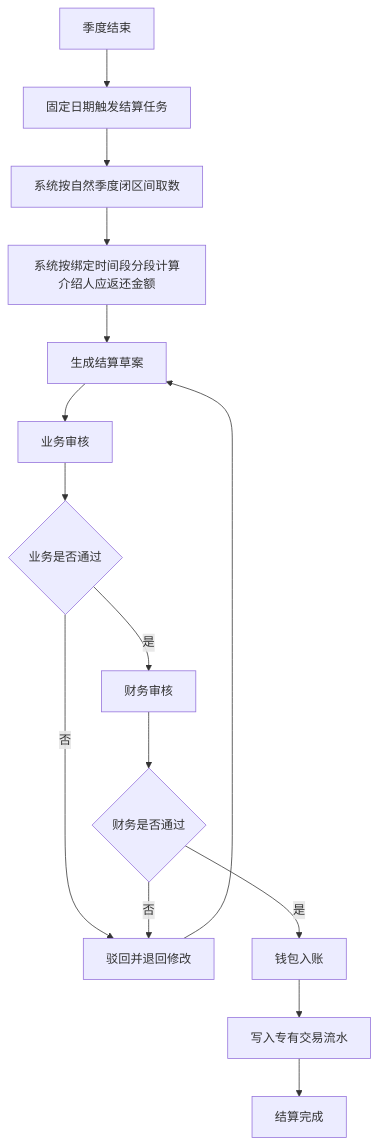
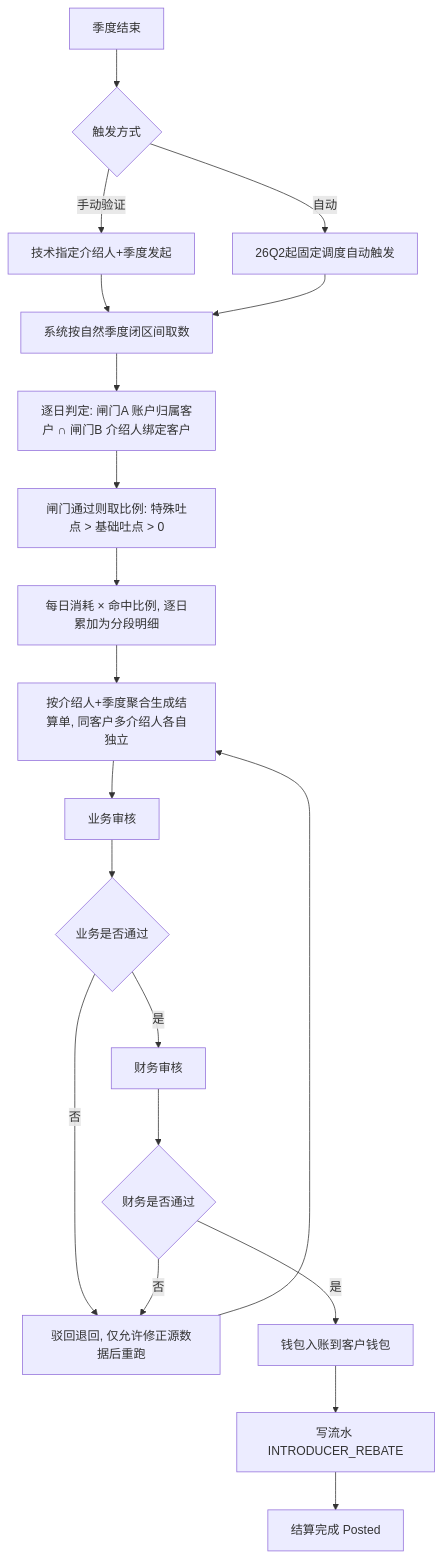
One commit to TK0918/BestAds changed the second of 15 diagrams in PRD/introducer-spitpoint-prd.md. Above: the diagram before and after it, drawn with Mermaid. The commit also changed other lines of this file and 64 other files, not shown here.

````diff
--- a/PRD/introducer-spitpoint-prd.md
+++ b/PRD/introducer-spitpoint-prd.md
@@ -69,17 +79,22 @@
 ```mermaid
 flowchart TD
-  S[季度结束] --> T[固定日期触发结算任务]
-  T --> U[系统按自然季度闭区间取数]
-  U --> V[系统按绑定时间段分段计算介绍人应返还金额]
-  V --> W[生成结算草案]
+  S[季度结束] --> T1{触发方式}
+  T1 -- 手动验证 --> T2[技术指定介绍人+季度发起]
+  T1 -- 自动 --> T3[26Q2起固定调度自动触发]
+  T2 --> U[系统按自然季度闭区间取数]
+  T3 --> U
+  U --> U1[逐日判定: 闸门A 账户归属客户 ∩ 闸门B 介绍人绑定客户]
+  U1 --> U2[闸门通过则取比例: 特殊吐点 > 基础吐点 > 0]
+  U2 --> V[每日消耗 × 命中比例, 逐日累加为分段明细]
+  V --> W[按介绍人+季度聚合生成结算单, 同客户多介绍人各自独立]
   W --> X[业务审核]
   X --> Y{业务是否通过}
-  Y -- 否 --> Z[驳回并退回修改]
+  Y -- 否 --> Z[驳回退回, 仅允许修正源数据后重跑]
   Z --> W
   Y -- 是 --> F1[财务审核]
   F1 --> F2{财务是否通过}
   F2 -- 否 --> Z
-  F2 -- 是 --> F3[钱包入账]
-  F3 --> F4[写入专有交易流水]
-  F4 --> E[结算完成]
+  F2 -- 是 --> F3[钱包入账到客户钱包]
+  F3 --> F4[写流水 INTRODUCER_REBATE]
+  F4 --> E[结算完成 Posted]
 ```
````
